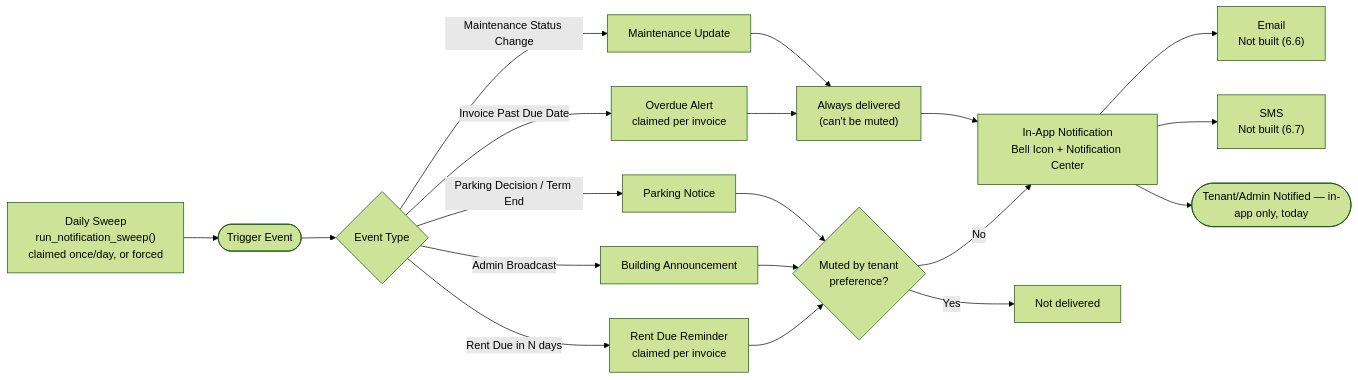
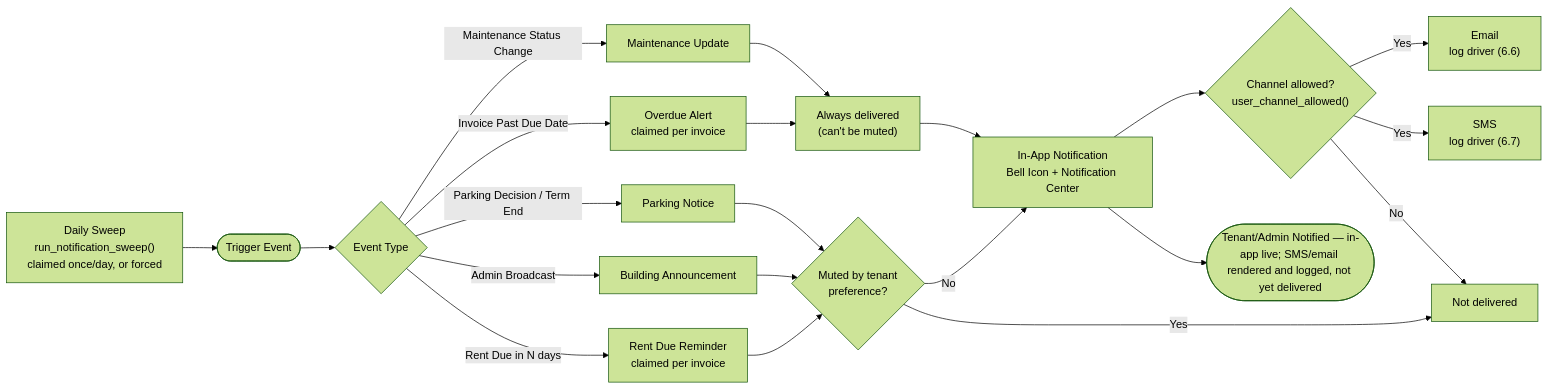
The sixth of 11 diagrams in docs/features/panelist_feature_checklist.md (Keonbe/ApartmentManagementSystem_React), drawn with Mermaid (forest theme) before and after one commit. The commit also changed other lines of this file and 3 other files, not shown here.

First line of the commit message:
docs(sms): document admin-endpoint wiring and Semaphore go-live

````diff
--- a/docs/features/panelist_feature_checklist.md
+++ b/docs/features/panelist_feature_checklist.md
@@ -216,21 +216,23 @@
 ```mermaid
 flowchart LR
     S["Daily Sweep<br/>run_notification_sweep()<br/>claimed once/day, or forced"] --> A
     A(["Trigger Event"]) --> B{"Event Type"}
     B -->|Rent Due in N days| C["Rent Due Reminder<br/>claimed per invoice"]
     B -->|Invoice Past Due Date| D["Overdue Alert<br/>claimed per invoice"]
     B -->|Maintenance Status Change| E["Maintenance Update"]
     B -->|Admin Broadcast| F["Building Announcement"]
     B -->|Parking Decision / Term End| M["Parking Notice"]
     C --> H{"Muted by tenant<br/>preference?"}
     D --> H2["Always delivered<br/>(can't be muted)"]
     E --> H2
     F --> H
     M --> H
     H -->|No| I["In-App Notification<br/>Bell Icon + Notification Center"]
     H -->|Yes| SKIP["Not delivered"]
     H2 --> I
-    I --> J["Email<br/>Not built (6.6)"]
-    I --> K["SMS<br/>Not built (6.7)"]
-    I --> L(["Tenant/Admin Notified — in-app only, today"])
+    I --> CH{"Channel allowed?<br/>user_channel_allowed()"}
+    CH -->|Yes| J["Email<br/>log driver (6.6)"]
+    CH -->|Yes| K["SMS<br/>log driver (6.7)"]
+    CH -->|No| SKIP
+    I --> L(["Tenant/Admin Notified — in-app live; SMS/email rendered and logged, not yet delivered"])
 ```
````
